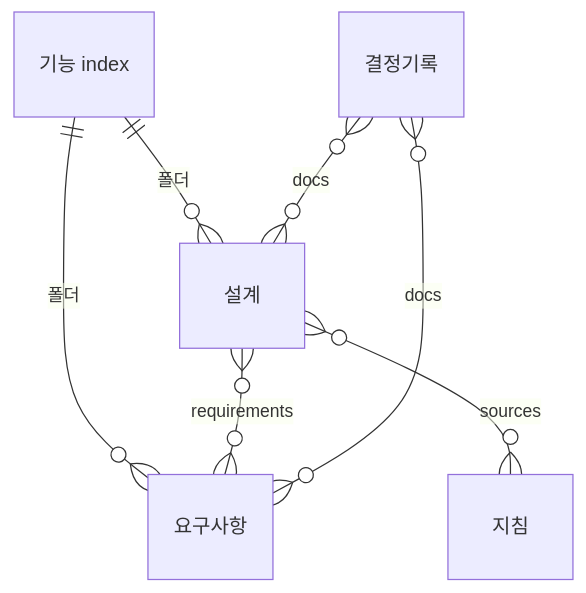
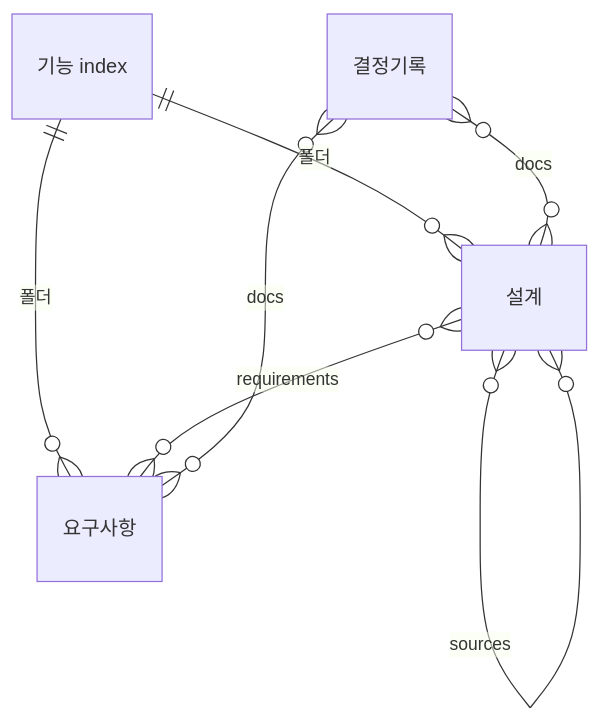
Before and after one commit to dev-goraebap/gitifact: the first of 2 diagrams in .gitifact/spec/specification/design/overview.md, drawn with Mermaid. The commit also changed other lines of this file and 65 other files, not shown here.

````diff
--- a/.gitifact/spec/specification/design/overview.md
+++ b/.gitifact/spec/specification/design/overview.md
@@ -39,14 +39,13 @@
 ```mermaid
 erDiagram
   FEATURE["기능 index"]
   REQUIREMENT["요구사항"]
   DESIGN["설계"]
-  INSTRUCTION["지침"]
   RECORD["결정기록"]
   FEATURE ||--o{ REQUIREMENT : "폴더"
   FEATURE ||--o{ DESIGN : "폴더"
   DESIGN }o--o{ REQUIREMENT : "requirements"
-  DESIGN }o--o{ INSTRUCTION : "sources"
+  DESIGN }o--o{ DESIGN : "sources"
   RECORD }o--o{ REQUIREMENT : "docs"
   RECORD }o--o{ DESIGN : "docs"
 ```
````
